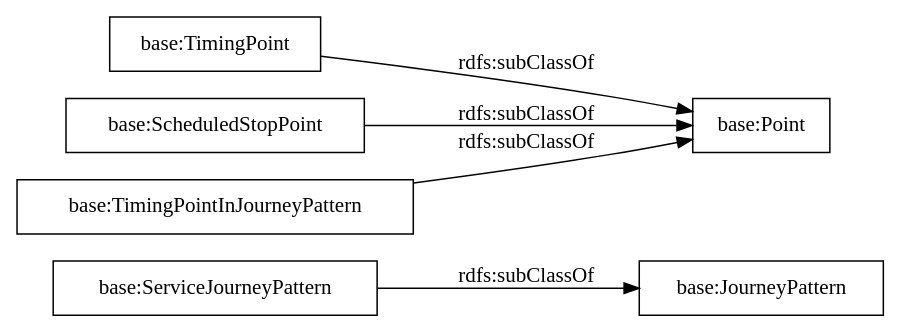
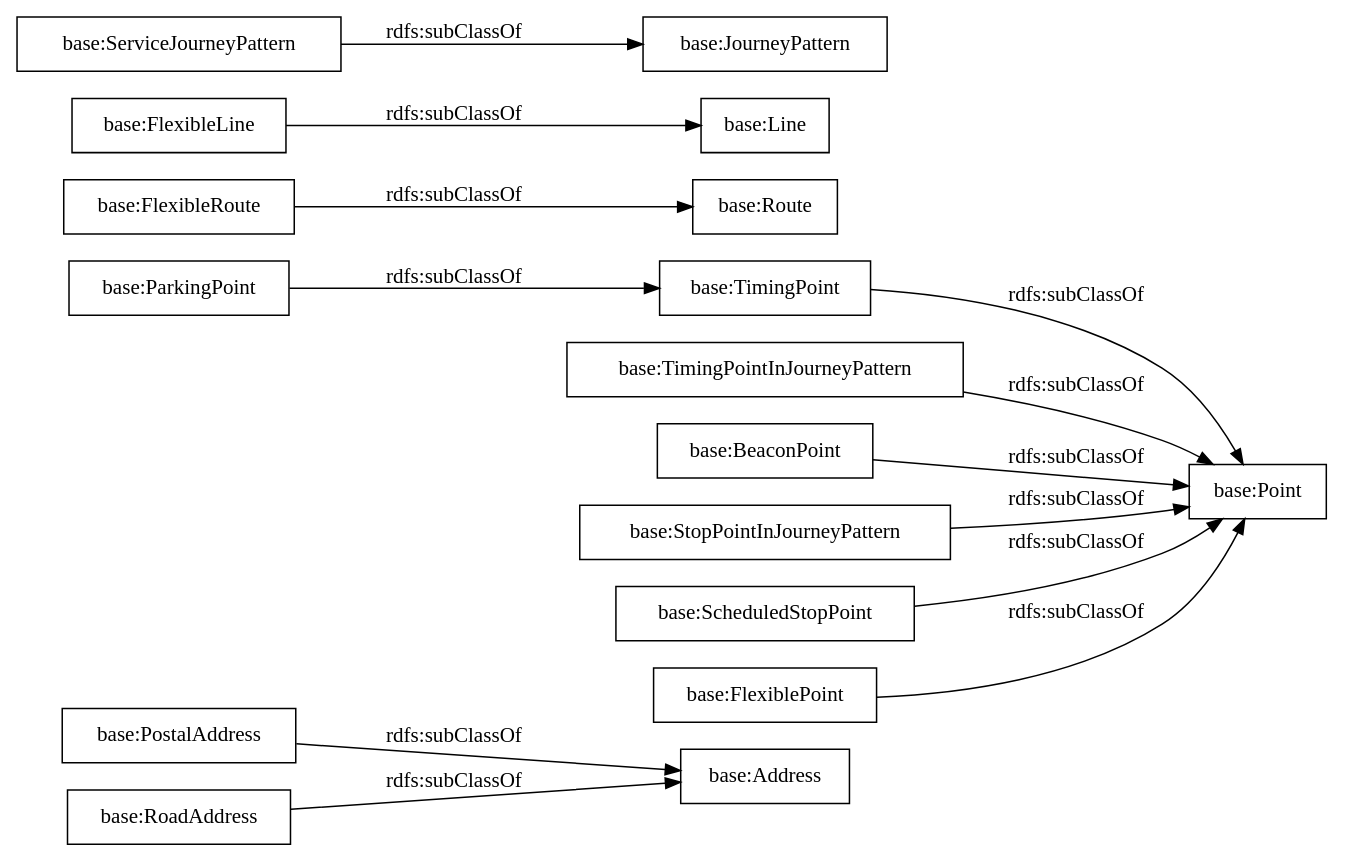
Before and after one commit to oeg-upm/transmodel-ontology: the diagram in OnToology/ontology/tm-journeys.owl/diagrams/ar2dtool-taxonomy/tm-journeys.owl.png.dot, drawn with Graphviz. The commit also changed 41 other files, not shown here.

```diff
--- a/OnToology/ontology/tm-journeys.owl/diagrams/ar2dtool-taxonomy/tm-journeys.owl.png.dot
+++ b/OnToology/ontology/tm-journeys.owl/diagrams/ar2dtool-taxonomy/tm-journeys.owl.png.dot
@@ -1,10 +1,18 @@
 digraph ar2dtool_diagram { 
 rankdir=LR;
 size="1000"
-node [shape = rectangle, color="black"]; "base:ServiceJourneyPattern" "base:TimingPoint" "base:ScheduledStopPoint" "base:TimingPointInJourneyPattern" "base:JourneyPattern" "base:Point" ; /*classes style*/
+node [shape = rectangle, color="black"]; "base:PostalAddress" "base:Address" "base:ParkingPoint" "base:Point" "base:TimingPointInJourneyPattern" "base:BeaconPoint" "base:StopPointInJourneyPattern" "base:FlexibleRoute" "base:FlexibleLine" "base:TimingPoint" "base:JourneyPattern" "base:Route" "base:ServiceJourneyPattern" "base:ScheduledStopPoint" "base:FlexiblePoint" "base:Line" "base:RoadAddress" ; /*classes style*/
 	"base:ScheduledStopPoint" -> "base:Point" [ label = "rdfs:subClassOf" ];
+	"base:PostalAddress" -> "base:Address" [ label = "rdfs:subClassOf" ];
+	"base:TimingPointInJourneyPattern" -> "base:Point" [ label = "rdfs:subClassOf" ];
+	"base:FlexibleLine" -> "base:Line" [ label = "rdfs:subClassOf" ];
+	"base:TimingPoint" -> "base:Point" [ label = "rdfs:subClassOf" ];
+	"base:FlexibleRoute" -> "base:Route" [ label = "rdfs:subClassOf" ];
+	"base:FlexiblePoint" -> "base:Point" [ label = "rdfs:subClassOf" ];
+	"base:BeaconPoint" -> "base:Point" [ label = "rdfs:subClassOf" ];
+	"base:ParkingPoint" -> "base:TimingPoint" [ label = "rdfs:subClassOf" ];
+	"base:StopPointInJourneyPattern" -> "base:Point" [ label = "rdfs:subClassOf" ];
 	"base:ServiceJourneyPattern" -> "base:JourneyPattern" [ label = "rdfs:subClassOf" ];
-	"base:TimingPointInJourneyPattern" -> "base:Point" [ label = "rdfs:subClassOf" ];
-	"base:TimingPoint" -> "base:Point" [ label = "rdfs:subClassOf" ];
+	"base:RoadAddress" -> "base:Address" [ label = "rdfs:subClassOf" ];
 
 }
```
